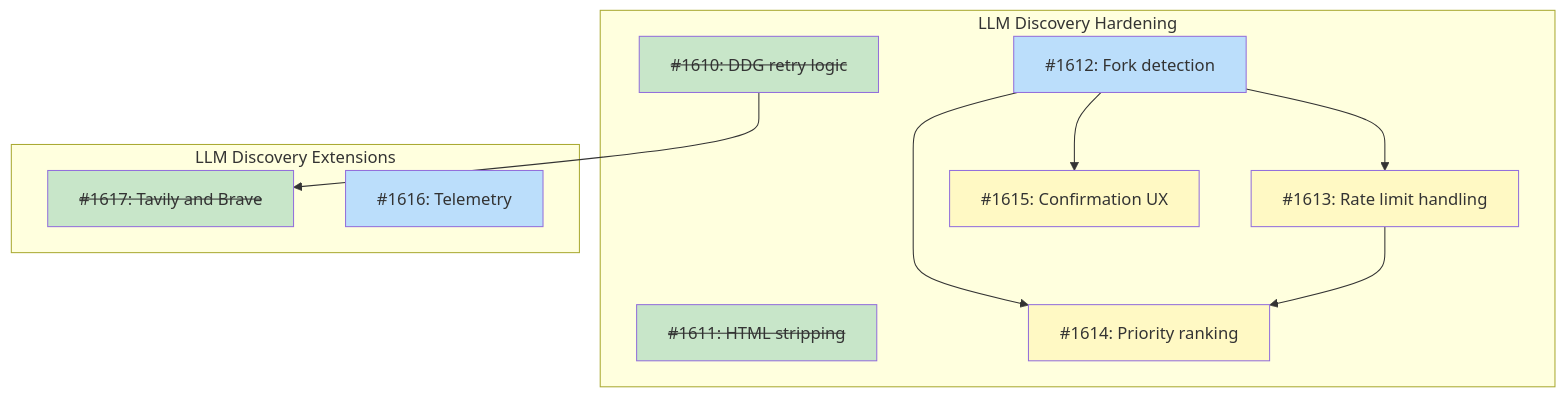
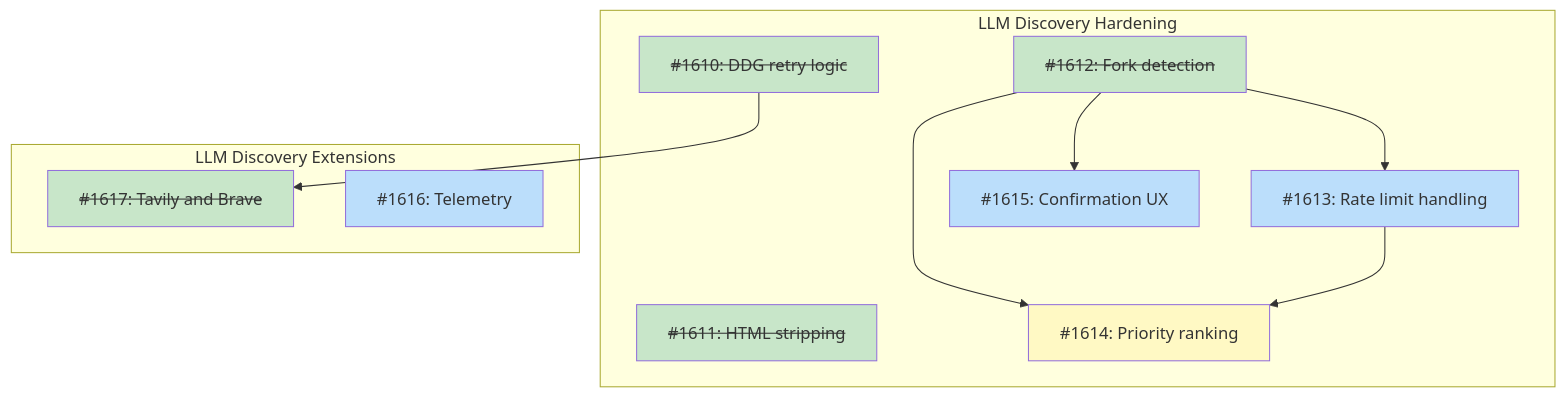
The diagram in docs/designs/DESIGN-llm-discovery-implementation.md (tsukumogami/tsuku), drawn with Mermaid before and after one commit. The commit also changed other lines of this file, not shown here.

Commit message:
docs: mark issue #1612 as done in design diagram

````diff
--- a/docs/designs/DESIGN-llm-discovery-implementation.md
+++ b/docs/designs/DESIGN-llm-discovery-implementation.md
@@ -61,31 +61,31 @@
 ```mermaid
 graph TD
     subgraph Hardening["LLM Discovery Hardening"]
         I1610["<s>#1610: DDG retry logic</s>"]
         I1611["<s>#1611: HTML stripping</s>"]
-        I1612["#1612: Fork detection"]
+        I1612["<s>#1612: Fork detection</s>"]
         I1613["#1613: Rate limit handling"]
         I1614["#1614: Priority ranking"]
         I1615["#1615: Confirmation UX"]
     end
 
     subgraph Extensions["LLM Discovery Extensions"]
         I1617["<s>#1617: Tavily and Brave</s>"]
         I1616["#1616: Telemetry"]
     end
 
     I1610 --> I1617
     I1612 --> I1613
     I1612 --> I1614
     I1612 --> I1615
     I1613 --> I1614
 
     classDef done fill:#c8e6c9
     classDef ready fill:#bbdefb
     classDef blocked fill:#fff9c4
     classDef needsDesign fill:#e1bee7
 
-    class I1610,I1611,I1617 done
-    class I1612,I1616 ready
-    class I1613,I1614,I1615 blocked
+    class I1610,I1611,I1612,I1617 done
+    class I1613,I1615,I1616 ready
+    class I1614 blocked
 ```
````
